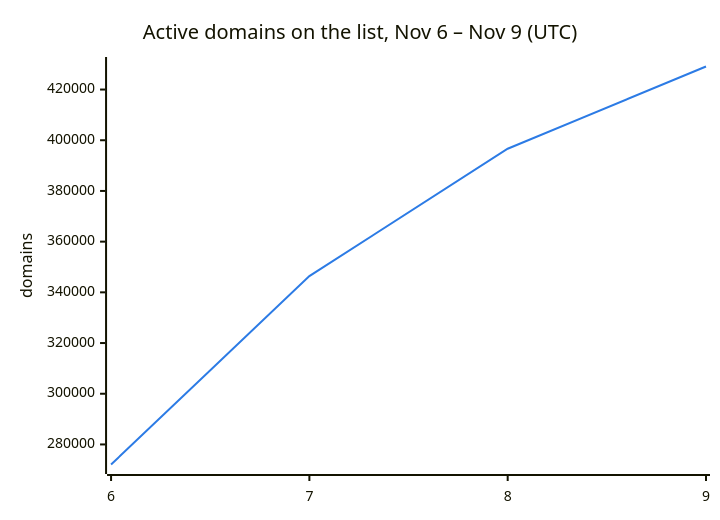
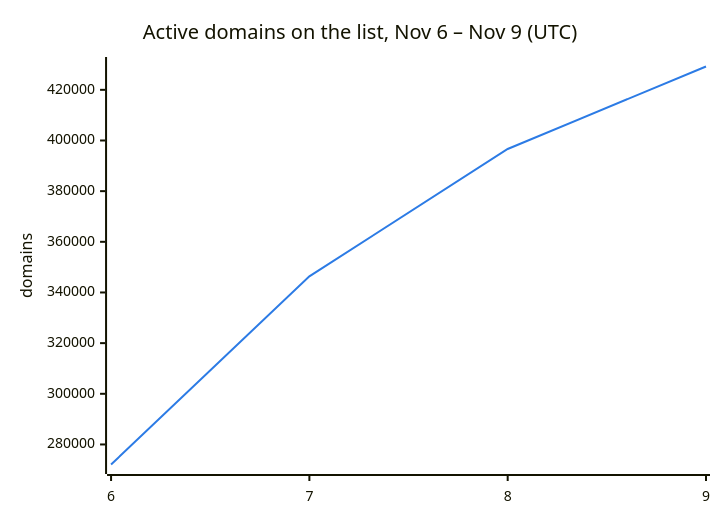
Before and after one commit to DNSBunker/CTI: the second of 3 diagrams in README.md, drawn with Mermaid. The commit also changed other lines of this file and 3 other files, not shown here.

````diff
--- a/README.md
+++ b/README.md
@@ -38,8 +38,8 @@
 ```mermaid
 %%{init: {"themeVariables": {"xyChart": {"plotColorPalette": "#2c7be5"}}}}%%
 xychart-beta
     title "Active domains on the list, Nov 6 – Nov 9 (UTC)"
     x-axis ["6", "7", "8", "9"]
     y-axis "domains"
-    line [272088, 346388, 396638, 429089]
+    line [272088, 346388, 396638, 429210]
 ```
````
